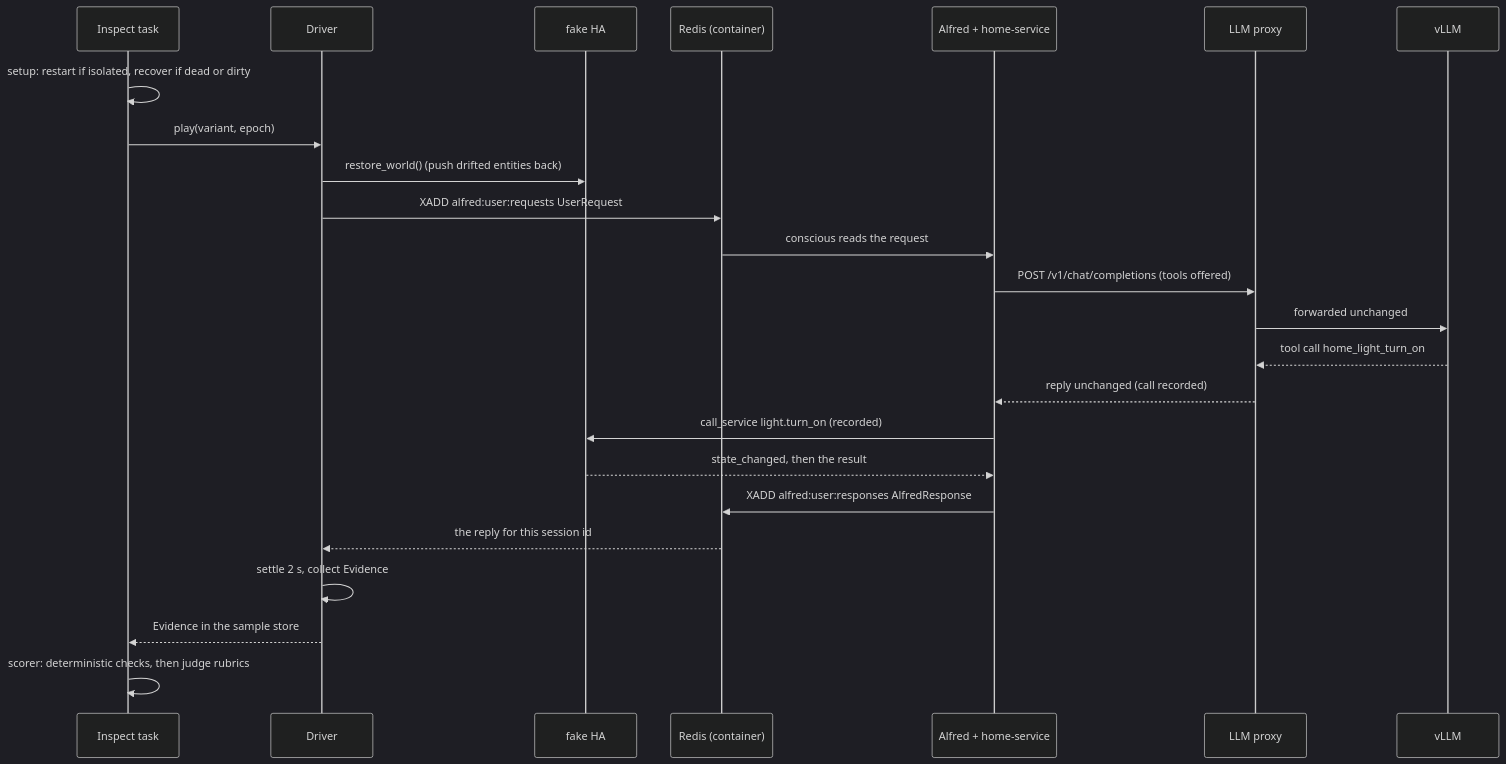
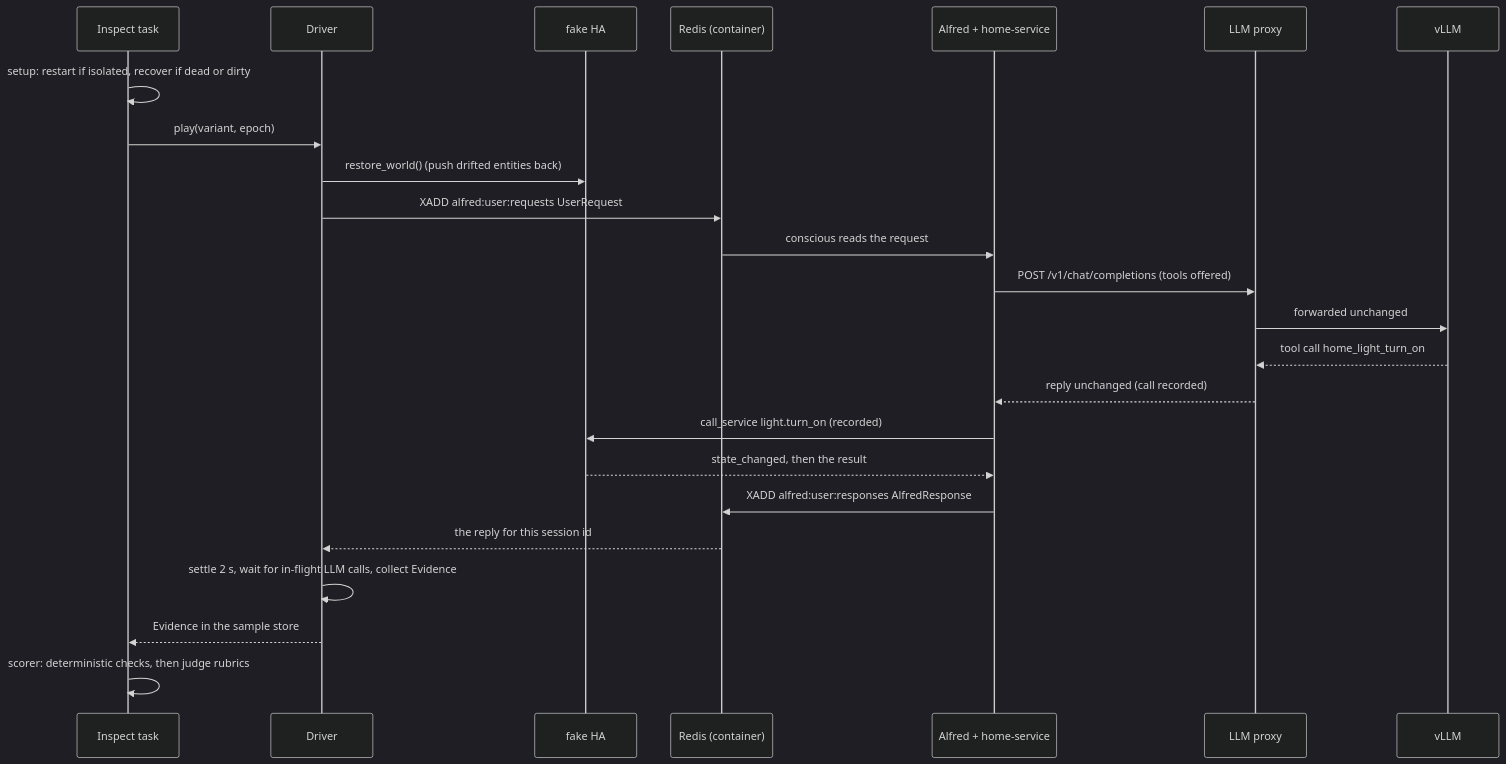
The second of 2 diagrams in docs/evals.md (anirudhlath/alfred), drawn with Mermaid (dark theme) before and after one commit. The commit also changed other lines of this file and 16 other files, not shown here.

````diff
--- a/docs/evals.md
+++ b/docs/evals.md
@@ -144,27 +149,27 @@
 ```mermaid
 sequenceDiagram
     participant T as Inspect task
     participant D as Driver
     participant H as fake HA
     participant R as Redis (container)
     participant A as Alfred + home-service
     participant P as LLM proxy
     participant V as vLLM
 
     T->>T: setup: restart if isolated, recover if dead or dirty
     T->>D: play(variant, epoch)
     D->>H: restore_world() (push drifted entities back)
     D->>R: XADD alfred:user:requests UserRequest
     R->>A: conscious reads the request
     A->>P: POST /v1/chat/completions (tools offered)
     P->>V: forwarded unchanged
     V-->>P: tool call home_light_turn_on
     P-->>A: reply unchanged (call recorded)
     A->>H: call_service light.turn_on (recorded)
     H-->>A: state_changed, then the result
     A->>R: XADD alfred:user:responses AlfredResponse
     R-->>D: the reply for this session id
-    D->>D: settle 2 s, collect Evidence
+    D->>D: settle 2 s, wait for in-flight LLM calls, collect Evidence
     D-->>T: Evidence in the sample store
     T->>T: scorer: deterministic checks, then judge rubrics
 ```
````
